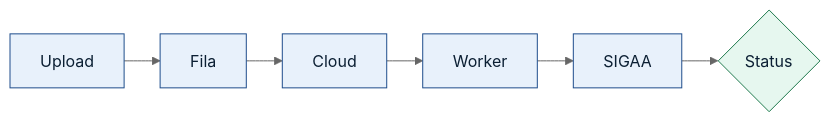
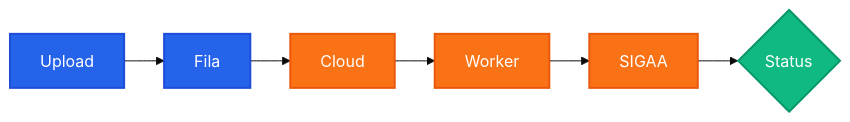
The third of 5 diagrams in README.md (KairoHenrique/CEFET-Academic-Planner), drawn with Mermaid before and after one commit. The commit also changed other lines of this file, not shown here.

Commit message:
docs: corrige tabela do README e Mermaid com cores vivas

````diff
--- a/README.md
+++ b/README.md
@@ -196,14 +197,16 @@
 ```mermaid
-%%{init: {"theme": "neutral", "flowchart": {"curve": "basis", "nodeSpacing": 28, "rankSpacing": 36}}}%%
+%%{init: {"theme": "base", "flowchart": {"curve": "basis", "nodeSpacing": 32, "rankSpacing": 40}}}%%
 flowchart LR
   A[Upload] --> B[Fila]
   B --> C[Cloud]
   C --> D[Worker]
   D --> E[SIGAA]
   E --> F{Status}
 
-  classDef step fill:#e8f1fb,stroke:#1e4d8c,color:#0b1f33
-  classDef endn fill:#e6f7ef,stroke:#1f7a4d,color:#0b1f33
-  class A,B,C,D,E step
+  classDef step fill:#2563EB,stroke:#1D4ED8,color:#FFFFFF,stroke-width:2px
+  classDef mid fill:#F97316,stroke:#EA580C,color:#FFFFFF,stroke-width:2px
+  classDef endn fill:#10B981,stroke:#059669,color:#FFFFFF,stroke-width:2px
+  class A,B step
+  class C,D,E mid
   class F endn
 ```
````
